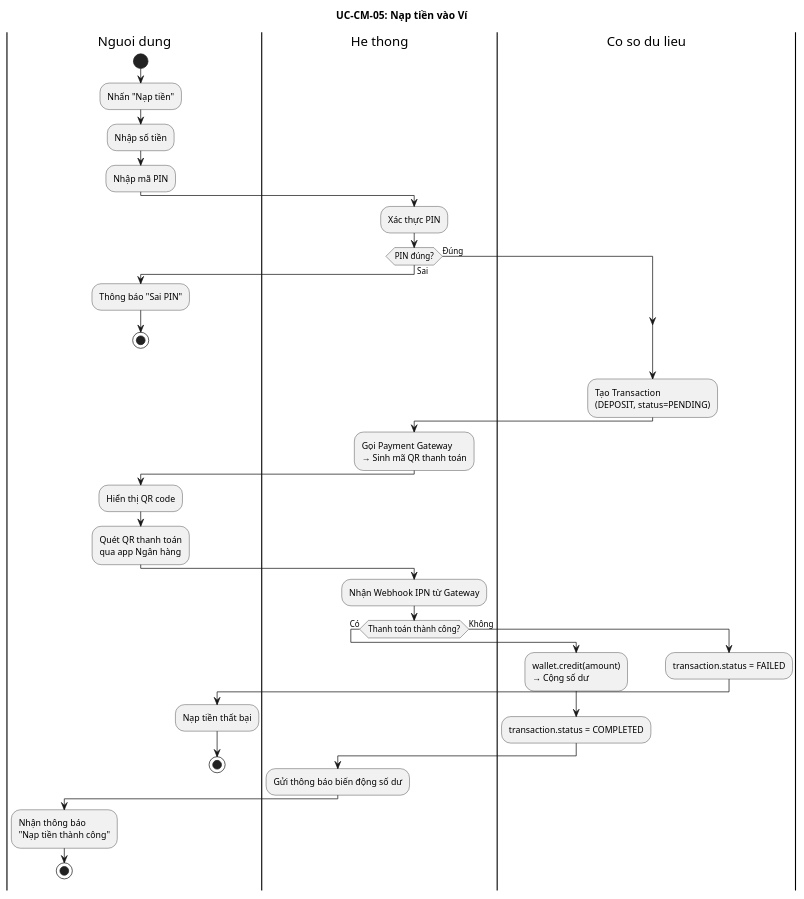
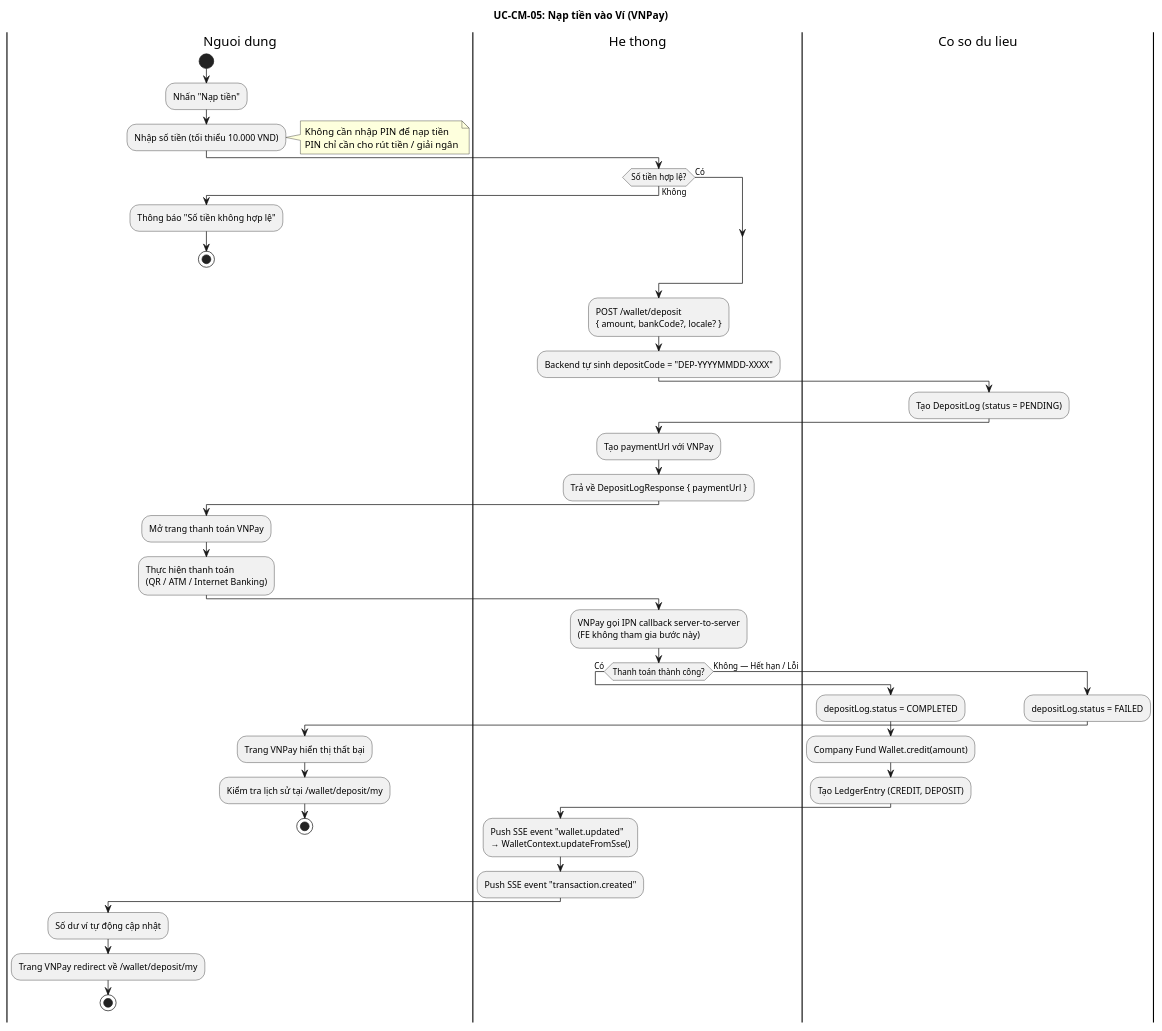
The diagram in docs/diagrams/activity/UC-CM-05_Deposit.puml (Quoosc/INTERNAL_FINANCIAL_CASHFLOW_MANAGEMENT_SYSTEM_USING_INTERNAL_WALLET_MODEL_FRONTEND), drawn with PlantUML before and after one commit. The commit also changed 55 other files, not shown here.

```diff
--- a/docs/diagrams/activity/UC-CM-05_Deposit.puml
+++ b/docs/diagrams/activity/UC-CM-05_Deposit.puml
@@ -1,52 +1,68 @@
-@startuml UC-CM-05: Nap tien
+@startuml
 
-title UC-CM-05: Nạp tiền vào Ví
+title UC-CM-05: Nạp tiền vào Ví (VNPay)
 
 |Nguoi dung|
 start
 :Nhấn "Nạp tiền";
-:Nhập số tiền;
-:Nhập mã PIN;
+:Nhập số tiền (tối thiểu 10.000 VND);
+note right
+  Không cần nhập PIN để nạp tiền
+  PIN chỉ cần cho rút tiền / giải ngân
+end note
 
 |He thong|
-:Xác thực PIN;
-
-if (PIN đúng?) then (Sai)
+if (Số tiền hợp lệ?) then (Không)
   |Nguoi dung|
-  :Thông báo "Sai PIN";
+  :Thông báo "Số tiền không hợp lệ";
   stop
-else (Đúng)
+else (Có)
 endif
 
+|He thong|
+:POST /wallet/deposit
+{ amount, bankCode?, locale? };
+:Backend tự sinh depositCode = "DEP-YYYYMMDD-XXXX";
+
 |Co so du lieu|
-:Tạo Transaction\n(DEPOSIT, status=PENDING);
+:Tạo DepositLog (status = PENDING);
 
 |He thong|
-:Gọi Payment Gateway\n→ Sinh mã QR thanh toán;
+:Tạo paymentUrl với VNPay;
+:Trả về DepositLogResponse { paymentUrl };
 
 |Nguoi dung|
-:Hiển thị QR code;
-:Quét QR thanh toán\nqua app Ngân hàng;
+:Mở trang thanh toán VNPay;
+:Thực hiện thanh toán
+(QR / ATM / Internet Banking);
 
 |He thong|
-:Nhận Webhook IPN từ Gateway;
+:VNPay gọi IPN callback server-to-server
+(FE không tham gia bước này);
 
 if (Thanh toán thành công?) then (Có)
   |Co so du lieu|
-  :wallet.credit(amount)\n→ Cộng số dư;
-  :transaction.status = COMPLETED;
+  :depositLog.status = COMPLETED;
+  :Company Fund Wallet.credit(amount);
+  :Tạo LedgerEntry (CREDIT, DEPOSIT);
 
   |He thong|
-  :Gửi thông báo biến động số dư;
+  :Push SSE event "wallet.updated"
+  → WalletContext.updateFromSse();
+  :Push SSE event "transaction.created";
+
   |Nguoi dung|
-  :Nhận thông báo\n"Nạp tiền thành công";
+  :Số dư ví tự động cập nhật;
+  :Trang VNPay redirect về /wallet/deposit/my;
   stop
-else (Không)
+else (Không — Hết hạn / Lỗi)
   |Co so du lieu|
-  :transaction.status = FAILED;
+  :depositLog.status = FAILED;
+
   |Nguoi dung|
-  :Nạp tiền thất bại;
+  :Trang VNPay hiển thị thất bại;
+  :Kiểm tra lịch sử tại /wallet/deposit/my;
   stop
 endif
 
 @enduml
```
